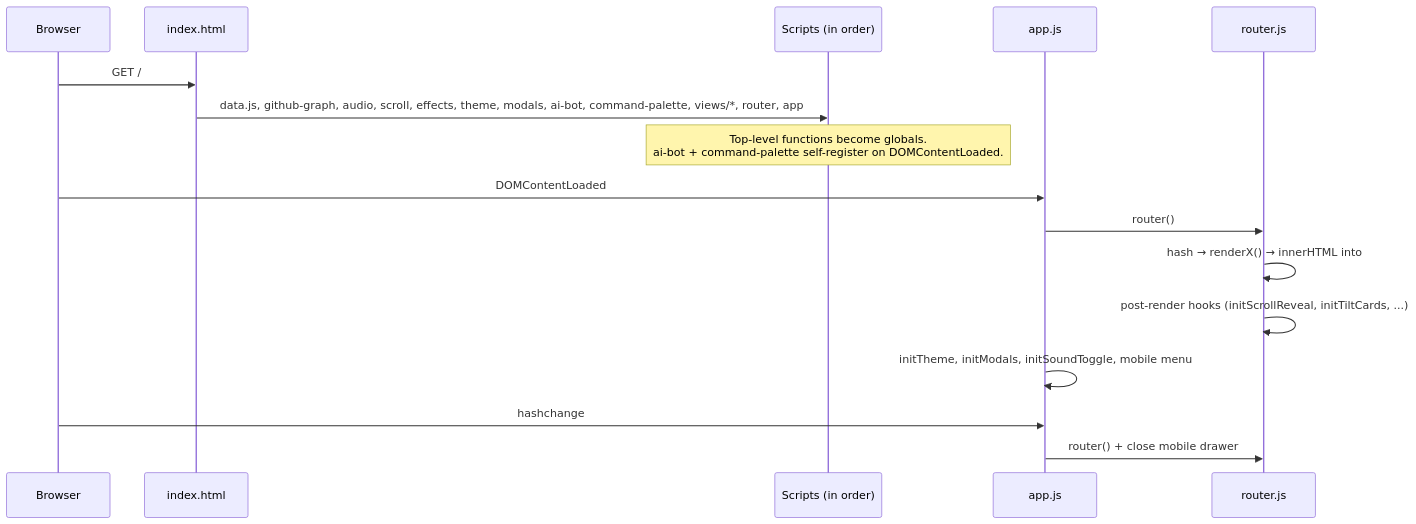
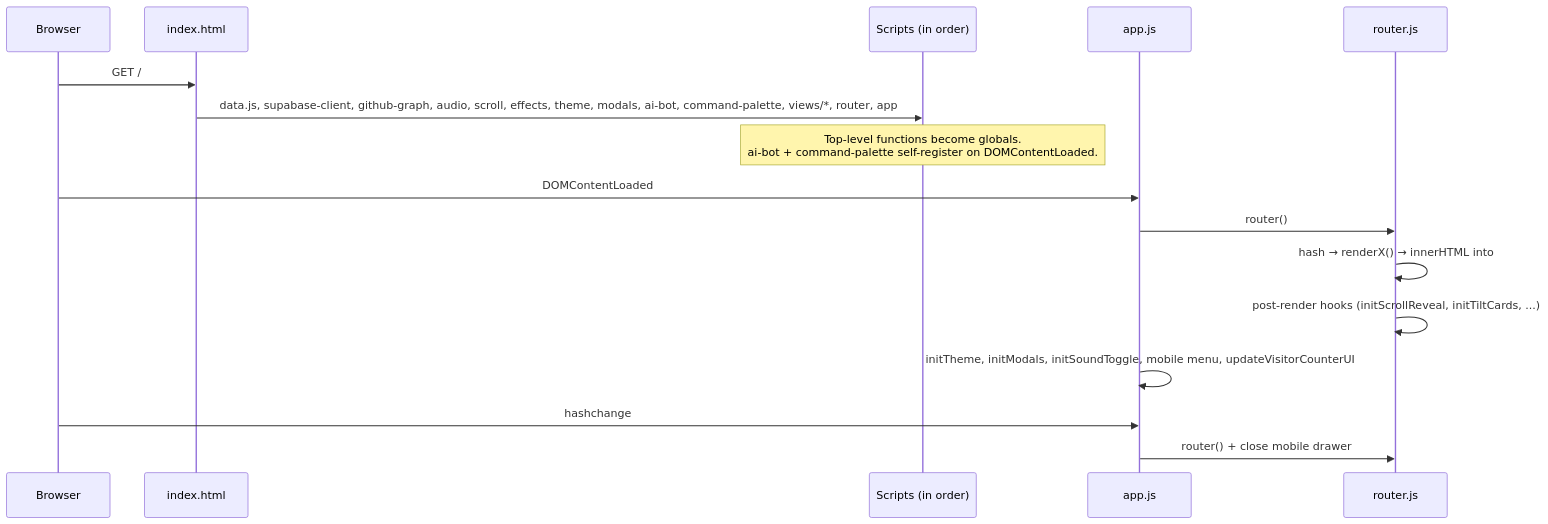
The diagram in .agents/context/ARCHITECTURE.md (RoldanGaspar/Portfolio_Brylim_inspo), drawn with Mermaid before and after one commit. The commit also changed other lines of this file and 21 other files, not shown here.

Commit message:
fix(audit): resolve 12 documentation, accessibility, and schema findings

````diff
--- a/.agents/context/ARCHITECTURE.md
+++ b/.agents/context/ARCHITECTURE.md
@@ -5,18 +5,18 @@
 ```mermaid
 sequenceDiagram
     participant B as Browser
     participant H as index.html
     participant S as Scripts (in order)
     participant A as app.js
     participant R as router.js
     B->>H: GET /
-    H->>S: data.js, github-graph, audio, scroll, effects, theme, modals, ai-bot, command-palette, views/*, router, app
+    H->>S: data.js, supabase-client, github-graph, audio, scroll, effects, theme, modals, ai-bot, command-palette, views/*, router, app
     Note over S: Top-level functions become globals.<br/>ai-bot + command-palette self-register on DOMContentLoaded.
     B->>A: DOMContentLoaded
     A->>R: router()
     R->>R: hash → renderX() → innerHTML into #router-view
     R->>R: post-render hooks (initScrollReveal, initTiltCards, ...)
-    A->>A: initTheme, initModals, initSoundToggle, mobile menu
+    A->>A: initTheme, initModals, initSoundToggle, mobile menu, updateVisitorCounterUI
     B->>A: hashchange
     A->>R: router() + close mobile drawer
 ```
````
